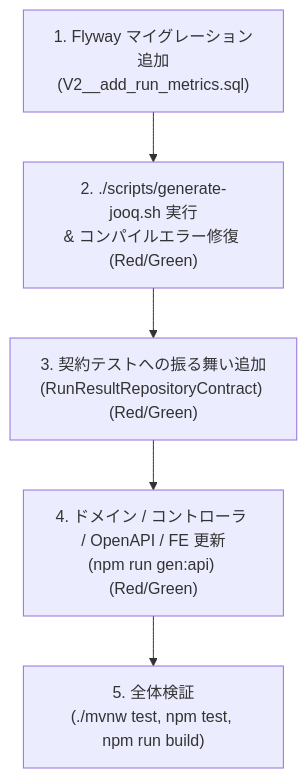
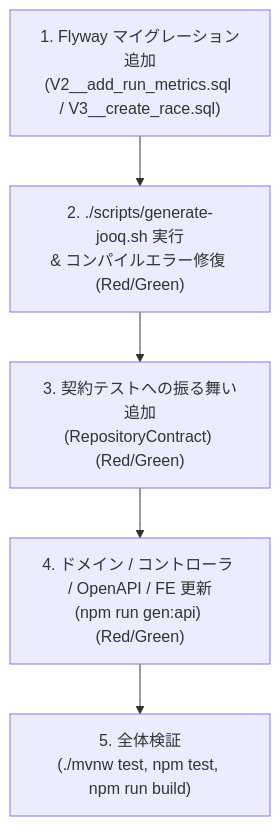
Before and after one commit to tis-abe-akira/run-buddy: the second of 2 diagrams in openwiki/tutorials/add-feature.md, drawn with Mermaid. The commit also changed other lines of this file and 14 other files, not shown here.

````diff
--- a/openwiki/tutorials/add-feature.md
+++ b/openwiki/tutorials/add-feature.md
@@ -100,7 +100,7 @@
 ```mermaid
 flowchart TD
-    Step1["1. Flyway マイグレーション追加<br/>(V2__add_run_metrics.sql)"] --> Step2["2. ./scripts/generate-jooq.sh 実行<br/>& コンパイルエラー修復 (Red/Green)"]
-    Step2 --> Step3["3. 契約テストへの振る舞い追加<br/>(RunResultRepositoryContract) (Red/Green)"]
+    Step1["1. Flyway マイグレーション追加<br/>(V2__add_run_metrics.sql / V3__create_race.sql)"] --> Step2["2. ./scripts/generate-jooq.sh 実行<br/>& コンパイルエラー修復 (Red/Green)"]
+    Step2 --> Step3["3. 契約テストへの振る舞い追加<br/>(RepositoryContract) (Red/Green)"]
     Step3 --> Step4["4. ドメイン / コントローラ / OpenAPI / FE 更新<br/>(npm run gen:api) (Red/Green)"]
     Step4 --> Step5["5. 全体検証<br/>(./mvnw test, npm test, npm run build)"]
 ```
````
